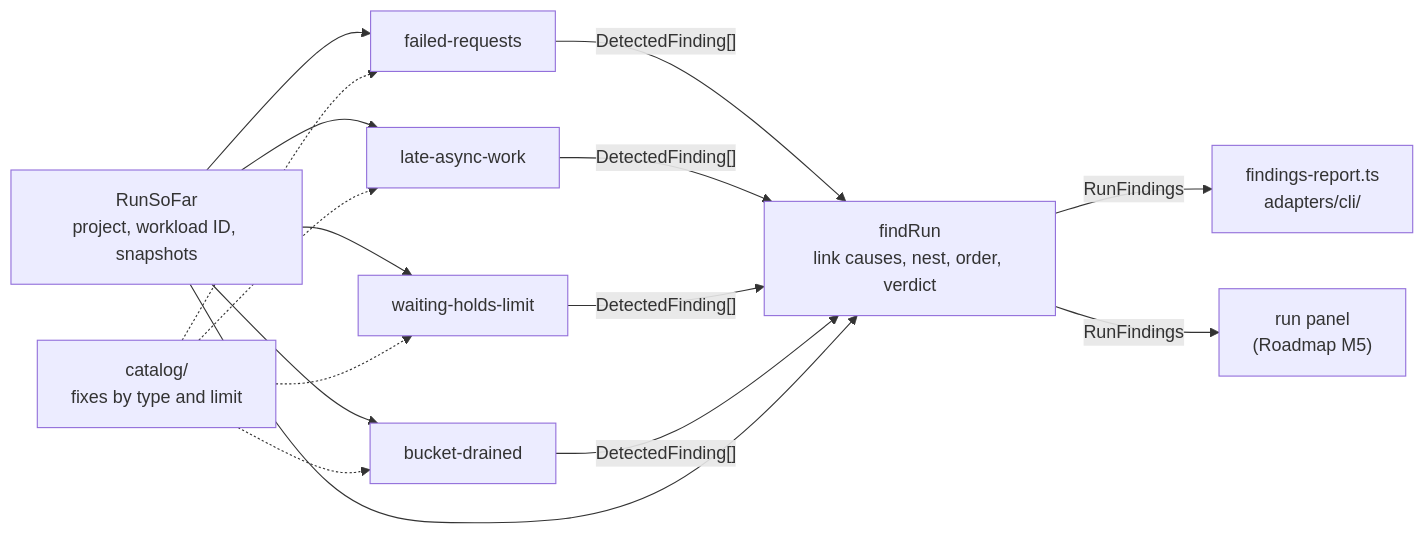
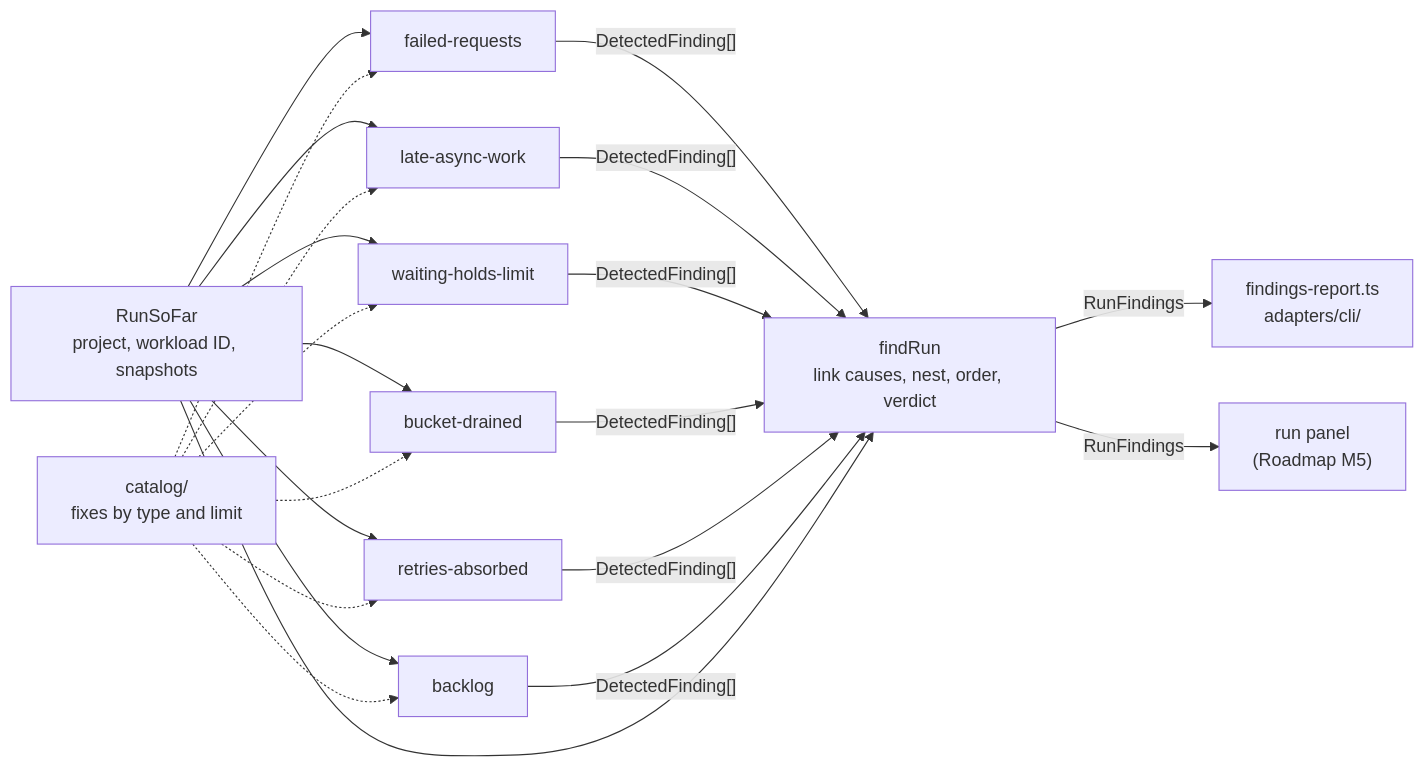
One commit to alanbickel/wind-tunnel changed the diagram in docs/architecture/finding-detectors.md. Above: the diagram before and after it, drawn with Mermaid. The commit also changed other lines of this file and 19 other files, not shown here.

Commit message:
feat(application): add the retries-absorbed and backlog notes, with the end-of-run backlog warning (#71)

````diff
--- a/docs/architecture/finding-detectors.md
+++ b/docs/architecture/finding-detectors.md
@@ -25,12 +25,14 @@
 ```mermaid
 flowchart LR
     S["RunSoFar<br/>project, workload ID, snapshots"] --> D1["failed-requests"]
     S --> D2["late-async-work"]
     S --> D3["waiting-holds-limit"]
     S --> D4["bucket-drained"]
-    C["catalog/<br/>fixes by type and limit"] -.-> D1 & D2 & D3 & D4
-    D1 & D2 & D3 & D4 -->|"DetectedFinding[]"| F["findRun<br/>link causes, nest, order, verdict"]
+    S --> D5["retries-absorbed"]
+    S --> D6["backlog"]
+    C["catalog/<br/>fixes by type and limit"] -.-> D1 & D2 & D3 & D4 & D5 & D6
+    D1 & D2 & D3 & D4 & D5 & D6 -->|"DetectedFinding[]"| F["findRun<br/>link causes, nest, order, verdict"]
     S --> F
     F -->|"RunFindings"| CLI["findings-report.ts<br/>adapters/cli/"]
     F -->|"RunFindings"| UI["run panel<br/>(Roadmap M5)"]
 ```
````
